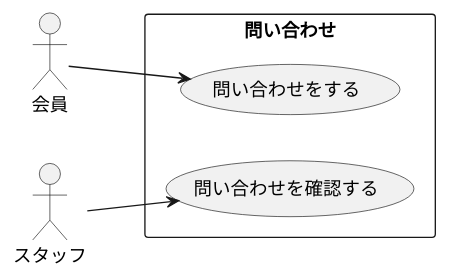
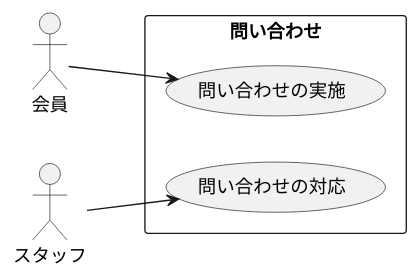
Diagram 23 of 29 in docs/index.adoc (k2works/case-study-mrs), drawn with PlantUML before and after one commit. The commit also changed other lines of this file and 7 other files, not shown here.

```diff
--- a/docs/index.adoc
+++ b/docs/index.adoc
@@ -708,14 +708,14 @@
 [plantuml]
 ----
 @startuml
 left to right direction
 actor "会員" as member
 actor "スタッフ" as admin
 rectangle 問い合わせ {
-  usecase "問い合わせをする" as UC1
-  usecase "問い合わせを確認する" as UC2
+  usecase "問い合わせの実施" as UC1
+  usecase "問い合わせの対応" as UC2
 }
 member --> UC1
 admin --> UC2
 @enduml
 ----
```
